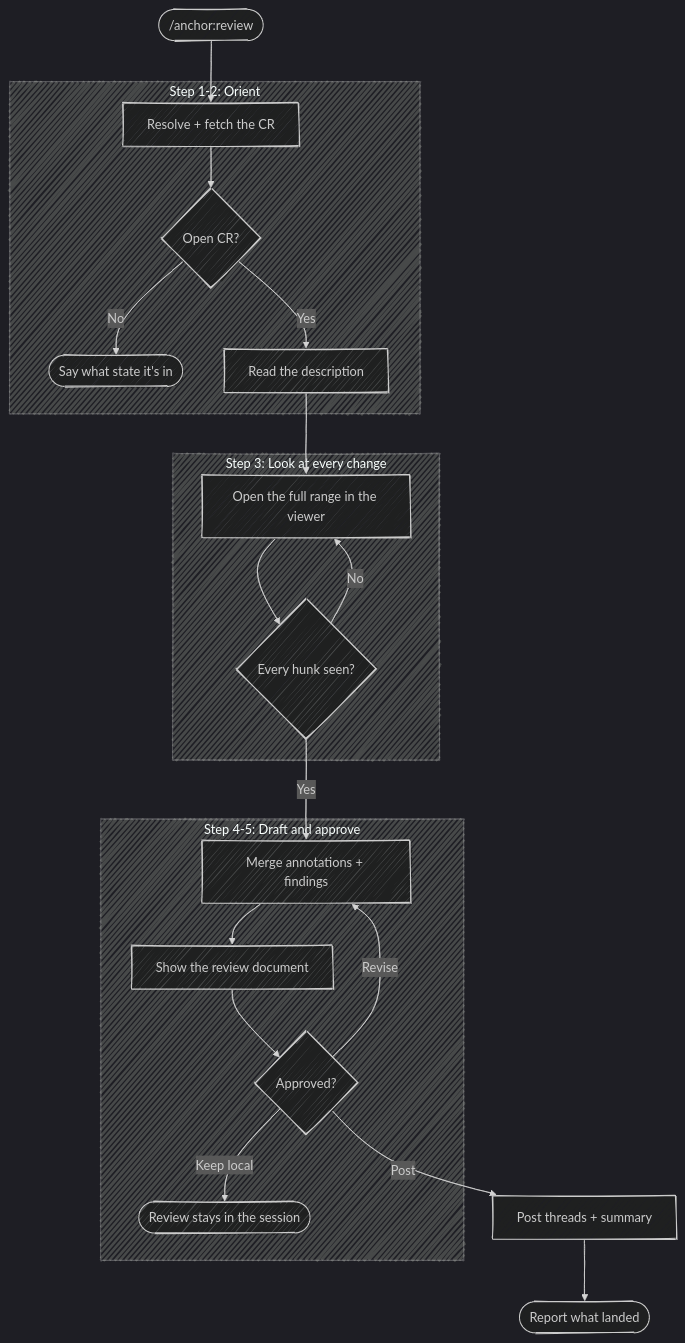
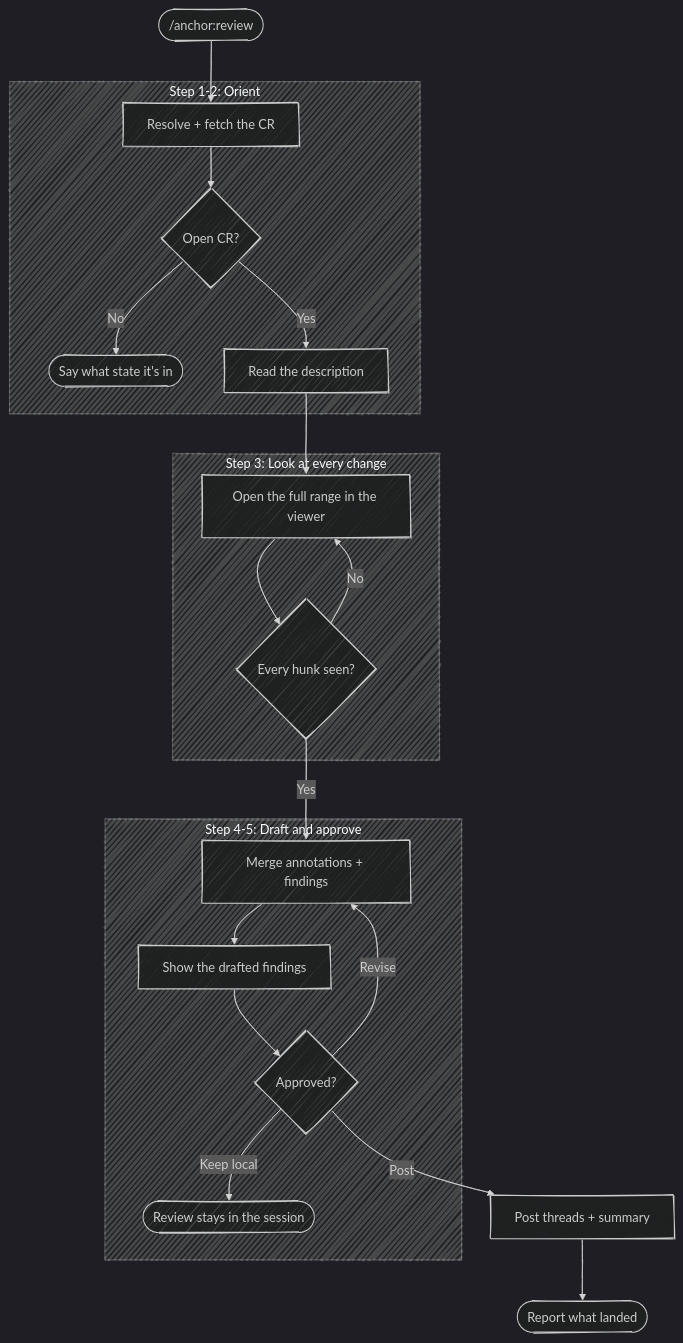
Before and after one commit to chris-peterson/anchor: the diagram in skills/review/SKILL.md, drawn with Mermaid (dark theme). The commit also changed other lines of this file and 20 other files, not shown here.

````diff
--- a/skills/review/SKILL.md
+++ b/skills/review/SKILL.md
@@ -31,27 +31,27 @@
 ```mermaid
 %%{ init: { 'look': 'handDrawn' } }%%
 flowchart TD
     Start(["/anchor:review"]) --> Resolve["Resolve + fetch the CR"]
 
     subgraph "Step 1-2: Orient"
         Resolve --> Open{Open CR?}
         Open -->|No| Stop([Say what state it's in])
         Open -->|Yes| Desc["Read the description"]
     end
 
     subgraph "Step 3: Look at every change"
         Desc --> View["Open the full range in the viewer"]
         View --> Complete{Every hunk seen?}
         Complete -->|No| View
     end
 
     subgraph "Step 4-5: Draft and approve"
         Complete -->|Yes| Doc["Merge annotations + findings"]
-        Doc --> Show["Show the review document"]
+        Doc --> Show["Show the drafted findings"]
         Show --> Gate{Approved?}
         Gate -->|Revise| Doc
         Gate -->|Keep local| Local([Review stays in the session])
     end
 
     Gate -->|Post| Post["Post threads + summary"] --> Report([Report what landed])
 ```
````
